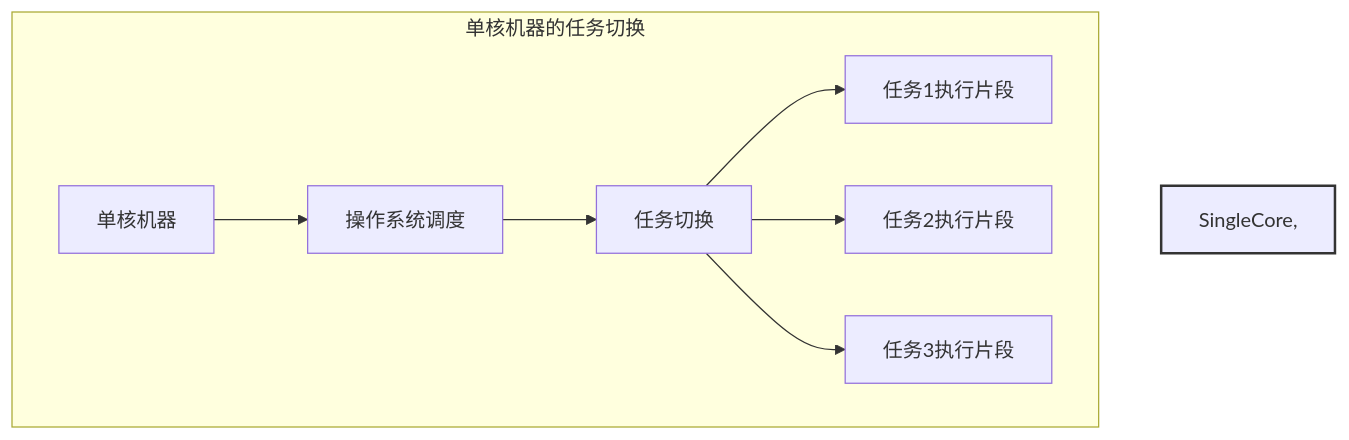
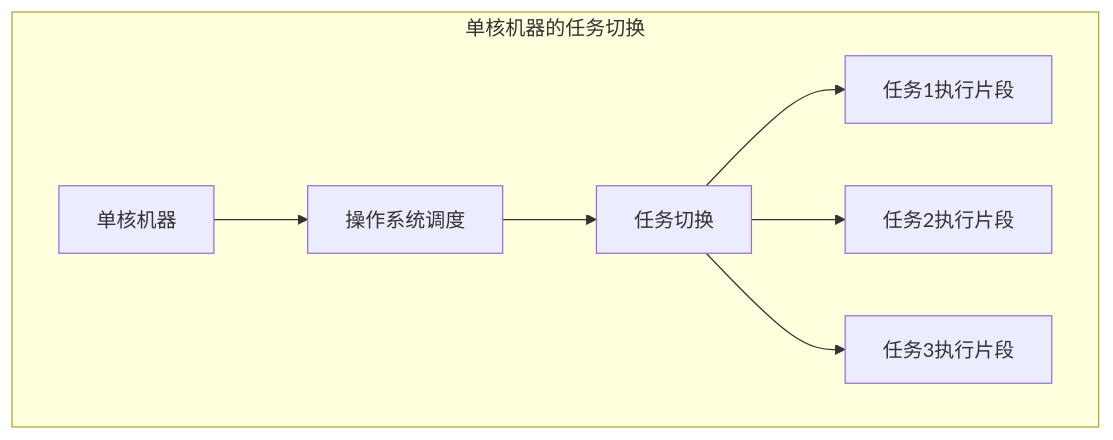
The second of 2 diagrams in md/01基本概念.md (Mq-b/ModernCpp-ConcurrentProgramming-Tutorial), drawn with Mermaid before and after one commit. The commit also changed other lines of this file and 1 other file, not shown here.

Commit message:
修改第一章 mermaid 示意图；增加一点第四章内容

````diff
--- a/md/01基本概念.md
+++ b/md/01基本概念.md
@@ -48,14 +45,11 @@
 ```mermaid
 graph TD;
     subgraph "单核机器的任务切换"
         SingleCore[单核机器]
         SingleCore --> OS[操作系统调度]
         OS --> TaskSwitching[任务切换]
         TaskSwitching --> Task1[任务1执行片段]
         TaskSwitching --> Task2[任务2执行片段]
         TaskSwitching --> Task3[任务3执行片段]
     end
-
-    style SingleCore, OS, TaskSwitching, Task1, Task2, Task3 fill:#fff,stroke:#333,stroke-width:2px;
-
 ```
````
